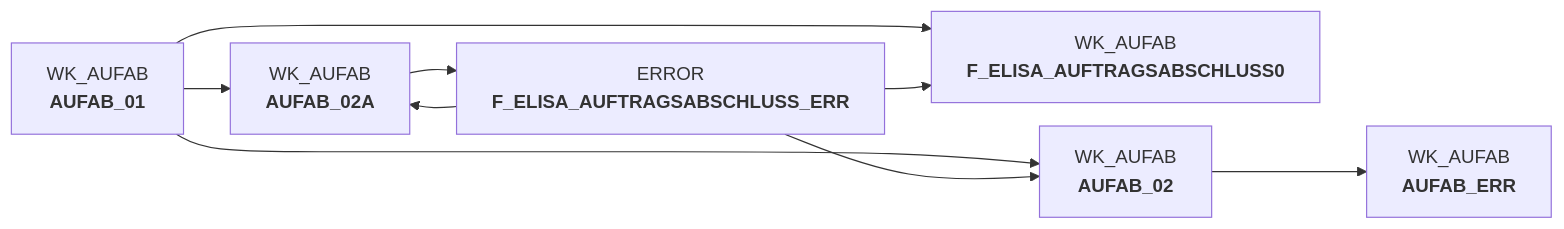
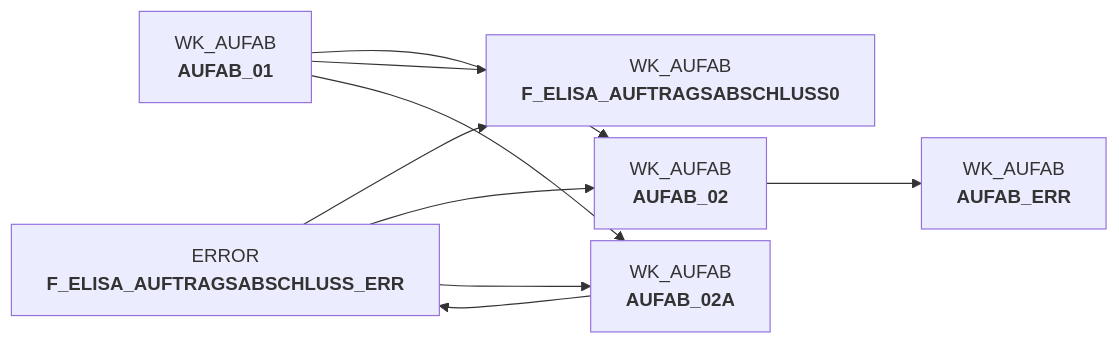
Before and after one commit to integration-factory-de/sas_code_docs: the diagram in docs/Applications/DWELISAAUFTRAB/auftragsabschlussmeldung_transfrm.sas.md, drawn with Mermaid. The commit also changed other lines of this file and 129 other files, not shown here.

````diff
--- a/docs/Applications/DWELISAAUFTRAB/auftragsabschlussmeldung_transfrm.sas.md
+++ b/docs/Applications/DWELISAAUFTRAB/auftragsabschlussmeldung_transfrm.sas.md
@@ -9,23 +39,23 @@
 ```mermaid
 %%{init: {'flowchart': { 'nodeSpacing': 10, 'rankSpacing': 40, 'rankdir': 'TB' }}}%%
 
 flowchart LR
 
-  WK_AUFAB.AUFAB_01["WK_AUFAB<br/><b>AUFAB_01</b>"] --> WK_AUFAB.F_ELISA_AUFTRAGSABSCHLUSS0["WK_AUFAB<br/><b>F_ELISA_AUFTRAGSABSCHLUSS0</b>"]
+  ERROR.F_ELISA_AUFTRAGSABSCHLUSS_ERR["ERROR<br/><b>F_ELISA_AUFTRAGSABSCHLUSS_ERR</b>"] --> WK_AUFAB.F_ELISA_AUFTRAGSABSCHLUSS0["WK_AUFAB<br/><b>F_ELISA_AUFTRAGSABSCHLUSS0</b>"]
   WK_AUFAB.AUFAB_01["WK_AUFAB<br/><b>AUFAB_01</b>"] --> WK_AUFAB.AUFAB_02["WK_AUFAB<br/><b>AUFAB_02</b>"]
   ERROR.F_ELISA_AUFTRAGSABSCHLUSS_ERR["ERROR<br/><b>F_ELISA_AUFTRAGSABSCHLUSS_ERR</b>"] --> WK_AUFAB.AUFAB_02["WK_AUFAB<br/><b>AUFAB_02</b>"]
+  WK_AUFAB.AUFAB_02["WK_AUFAB<br/><b>AUFAB_02</b>"] --> WK_AUFAB.AUFAB_ERR["WK_AUFAB<br/><b>AUFAB_ERR</b>"]
+  WK_AUFAB.AUFAB_01["WK_AUFAB<br/><b>AUFAB_01</b>"] --> WK_AUFAB.F_ELISA_AUFTRAGSABSCHLUSS0["WK_AUFAB<br/><b>F_ELISA_AUFTRAGSABSCHLUSS0</b>"]
   ERROR.F_ELISA_AUFTRAGSABSCHLUSS_ERR["ERROR<br/><b>F_ELISA_AUFTRAGSABSCHLUSS_ERR</b>"] --> WK_AUFAB.AUFAB_02A["WK_AUFAB<br/><b>AUFAB_02A</b>"]
   WK_AUFAB.AUFAB_02A["WK_AUFAB<br/><b>AUFAB_02A</b>"] --> ERROR.F_ELISA_AUFTRAGSABSCHLUSS_ERR["ERROR<br/><b>F_ELISA_AUFTRAGSABSCHLUSS_ERR</b>"]
   WK_AUFAB.AUFAB_01["WK_AUFAB<br/><b>AUFAB_01</b>"] --> WK_AUFAB.AUFAB_02A["WK_AUFAB<br/><b>AUFAB_02A</b>"]
-  WK_AUFAB.AUFAB_02["WK_AUFAB<br/><b>AUFAB_02</b>"] --> WK_AUFAB.AUFAB_ERR["WK_AUFAB<br/><b>AUFAB_ERR</b>"]
-  ERROR.F_ELISA_AUFTRAGSABSCHLUSS_ERR["ERROR<br/><b>F_ELISA_AUFTRAGSABSCHLUSS_ERR</b>"] --> WK_AUFAB.F_ELISA_AUFTRAGSABSCHLUSS0["WK_AUFAB<br/><b>F_ELISA_AUFTRAGSABSCHLUSS0</b>"]
+  click ERROR.F_ELISA_AUFTRAGSABSCHLUSS_ERR "../../tables/ERROR/F_ELISA_AUFTRAGSABSCHLUSS_ERR"
   click WK_AUFAB.AUFAB_01 "../../tables/WK_AUFAB/AUFAB_01"
-  click ERROR.F_ELISA_AUFTRAGSABSCHLUSS_ERR "../../tables/ERROR/F_ELISA_AUFTRAGSABSCHLUSS_ERR"
+  click WK_AUFAB.AUFAB_02 "../../tables/WK_AUFAB/AUFAB_02"
   click WK_AUFAB.AUFAB_02A "../../tables/WK_AUFAB/AUFAB_02A"
-  click WK_AUFAB.AUFAB_02 "../../tables/WK_AUFAB/AUFAB_02"
   click WK_AUFAB.F_ELISA_AUFTRAGSABSCHLUSS0 "../../tables/WK_AUFAB/F_ELISA_AUFTRAGSABSCHLUSS0"
   click WK_AUFAB.AUFAB_02 "../../tables/WK_AUFAB/AUFAB_02"
+  click WK_AUFAB.AUFAB_ERR "../../tables/WK_AUFAB/AUFAB_ERR"
   click WK_AUFAB.AUFAB_02A "../../tables/WK_AUFAB/AUFAB_02A"
   click ERROR.F_ELISA_AUFTRAGSABSCHLUSS_ERR "../../tables/ERROR/F_ELISA_AUFTRAGSABSCHLUSS_ERR"
-  click WK_AUFAB.AUFAB_ERR "../../tables/WK_AUFAB/AUFAB_ERR"
 ```
````
